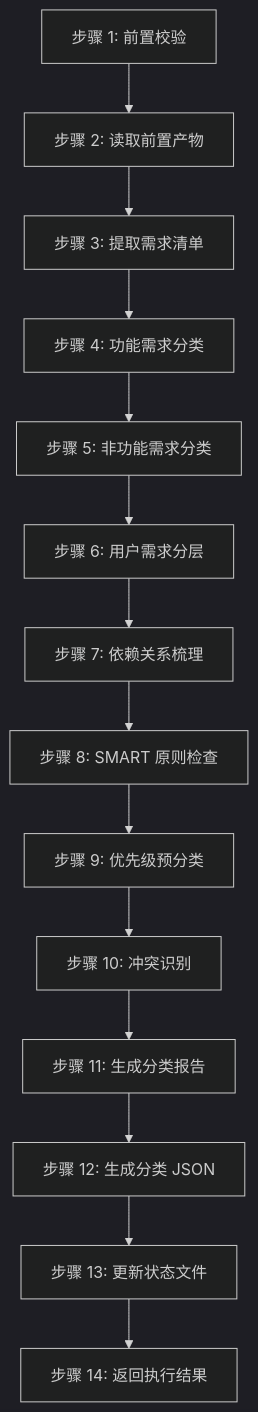
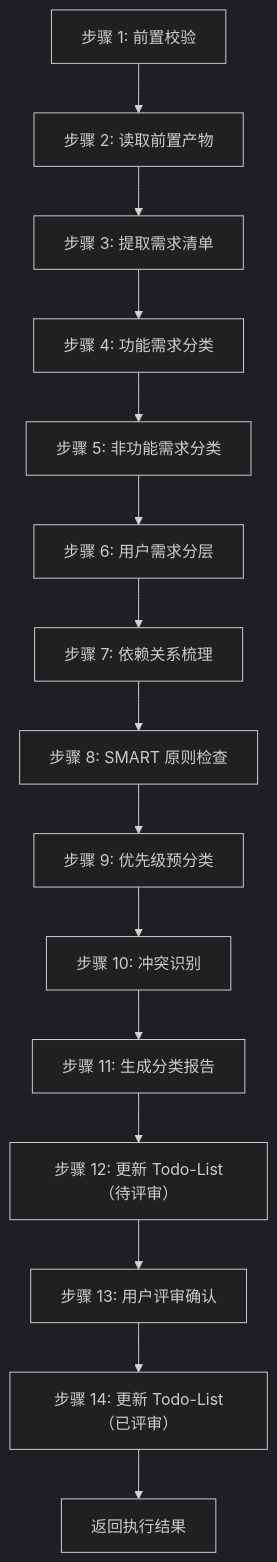
Before and after one commit to HeartFlying/swf: the diagram in skills/s4-integration/skill5-classify/SKILL.md, drawn with Mermaid (dark theme). The commit also changed other lines of this file and 39 other files, not shown here.

````diff
--- a/skills/s4-integration/skill5-classify/SKILL.md
+++ b/skills/s4-integration/skill5-classify/SKILL.md
@@ -107,16 +155,17 @@
 ```mermaid
 graph TD
     A[步骤 1: 前置校验] --> B[步骤 2: 读取前置产物]
     B --> C[步骤 3: 提取需求清单]
     C --> D[步骤 4: 功能需求分类]
     D --> E[步骤 5: 非功能需求分类]
     E --> F[步骤 6: 用户需求分层]
     F --> G[步骤 7: 依赖关系梳理]
     G --> H[步骤 8: SMART 原则检查]
     H --> I[步骤 9: 优先级预分类]
     I --> J[步骤 10: 冲突识别]
     J --> K[步骤 11: 生成分类报告]
-    K --> L[步骤 12: 生成分类 JSON]
-    L --> M[步骤 13: 更新状态文件]
-    M --> N[步骤 14: 返回执行结果]
+    K --> L[步骤 12: 更新 Todo-List（待评审）]
+    L --> M[步骤 13: 用户评审确认]
+    M --> N[步骤 14: 更新 Todo-List（已评审）]
+    N --> O[返回执行结果]
 ```
````
